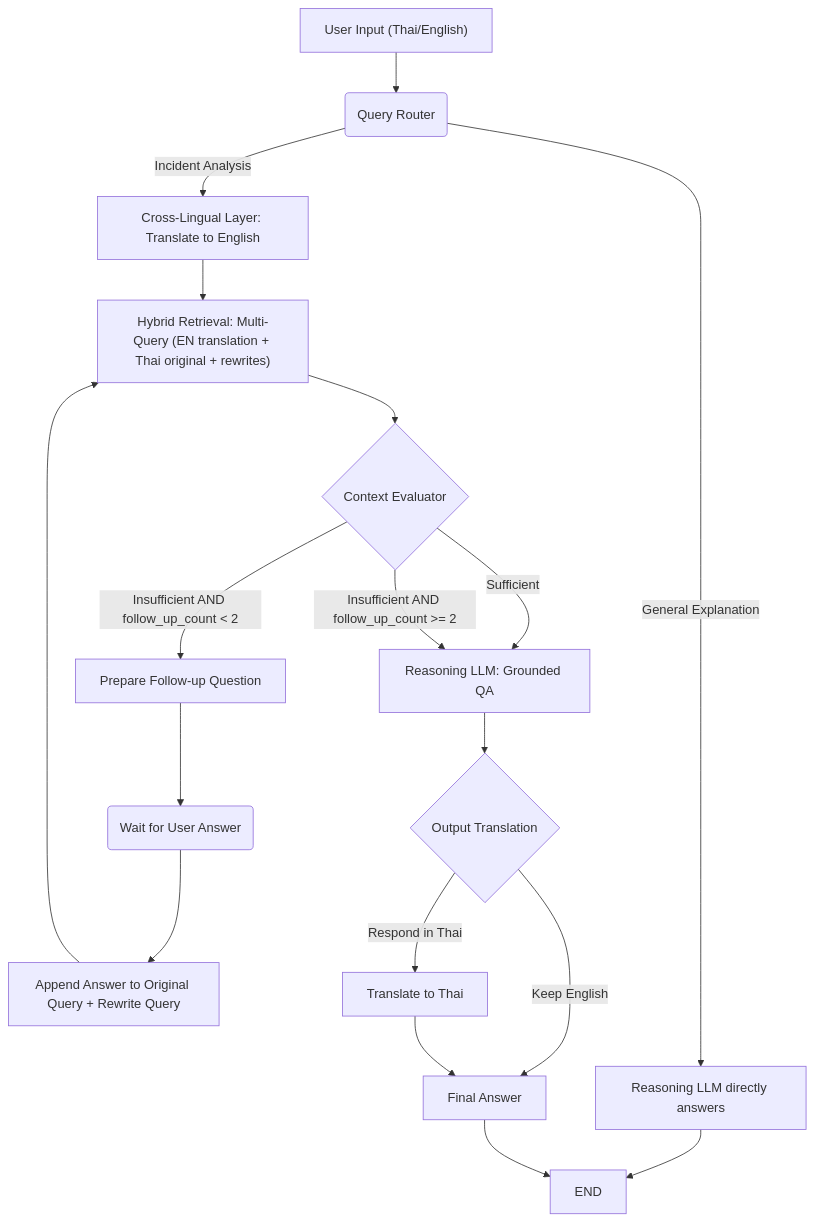
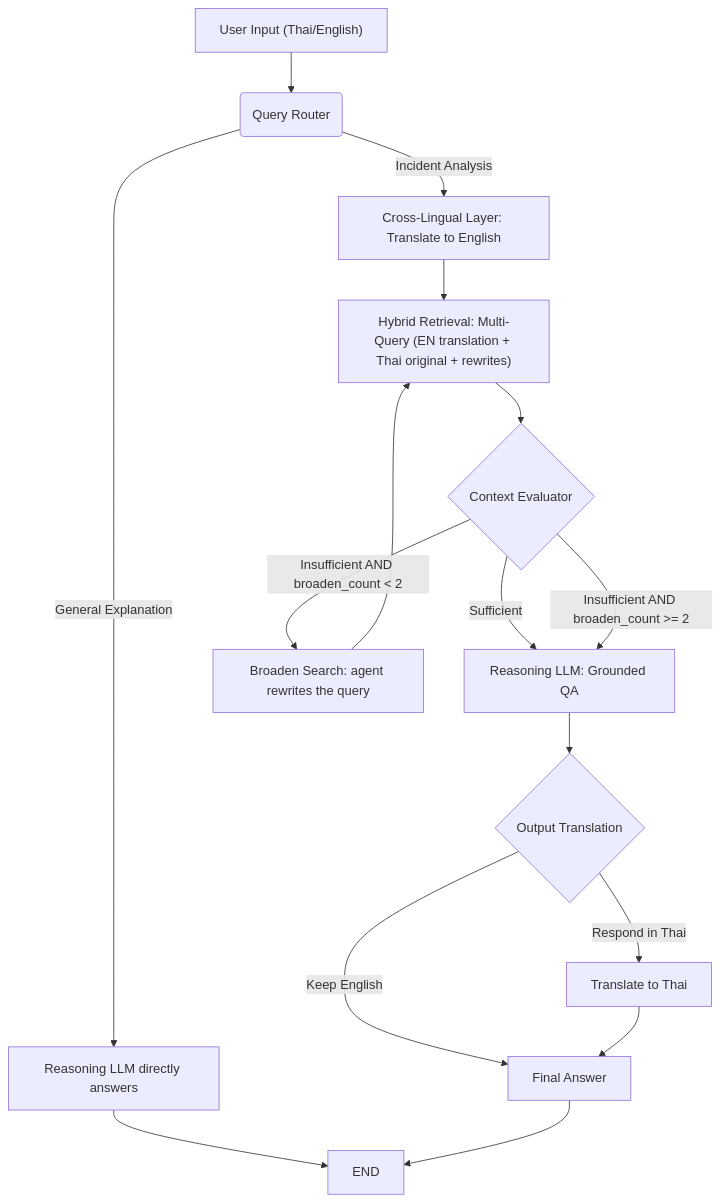
The diagram in rag_service/app/RAG/pipeline.md (KKhamwiset/Cybercase-Intelligence-Framework), drawn with Mermaid before and after one commit. The commit also changed other lines of this file and 24 other files, not shown here.

````diff
--- a/rag_service/app/RAG/pipeline.md
+++ b/rag_service/app/RAG/pipeline.md
@@ -11,26 +14,24 @@
 ```mermaid
 graph TD
     A["User Input (Thai/English)"] --> B(Query Router)
 
     B -->|General Explanation| C[Reasoning LLM directly answers]
     C --> END
 
     B -->|Incident Analysis| D["Cross-Lingual Layer: Translate to English"]
 
     D --> E["Hybrid Retrieval: Multi-Query (EN translation + Thai original + rewrites)"]
     E --> F{Context Evaluator}
 
     F -->|Sufficient| K["Reasoning LLM: Grounded QA"]
-    F -->|"Insufficient AND follow_up_count < 2"| G[Prepare Follow-up Question]
-    F -->|"Insufficient AND follow_up_count >= 2"| K
+    F -->|"Insufficient AND broaden_count < 2"| G["Broaden Search: agent rewrites the query"]
+    F -->|"Insufficient AND broaden_count >= 2"| K
 
-    G --> H(Wait for User Answer)
-    H --> I["Append Answer to Original Query + Rewrite Query"]
-    I --> E
+    G --> E
 
     K --> L{Output Translation}
     L -->|Respond in Thai| M[Translate to Thai]
     L -->|Keep English| N[Final Answer]
     M --> N
     N --> END
 ```
````
